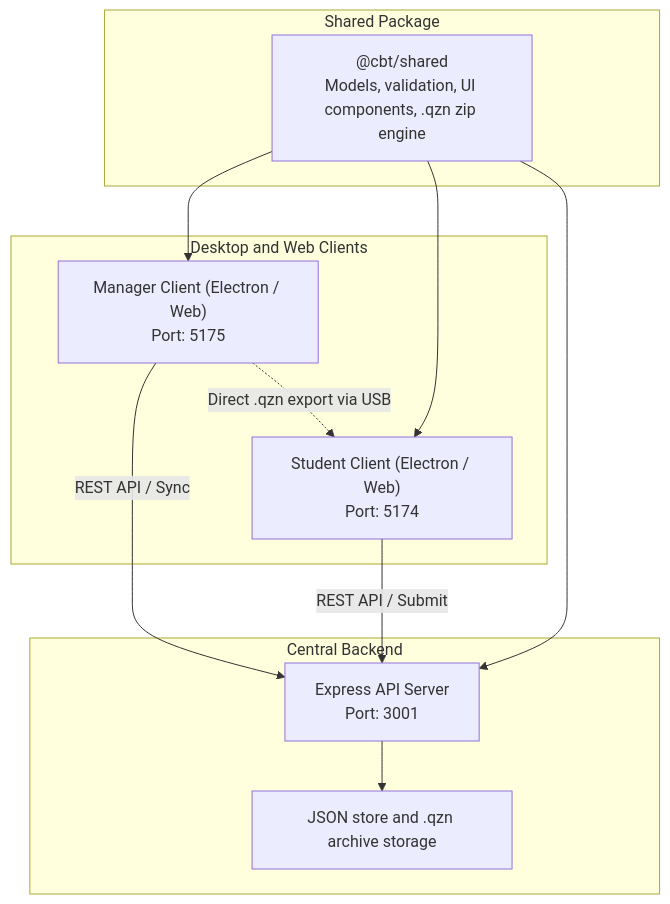
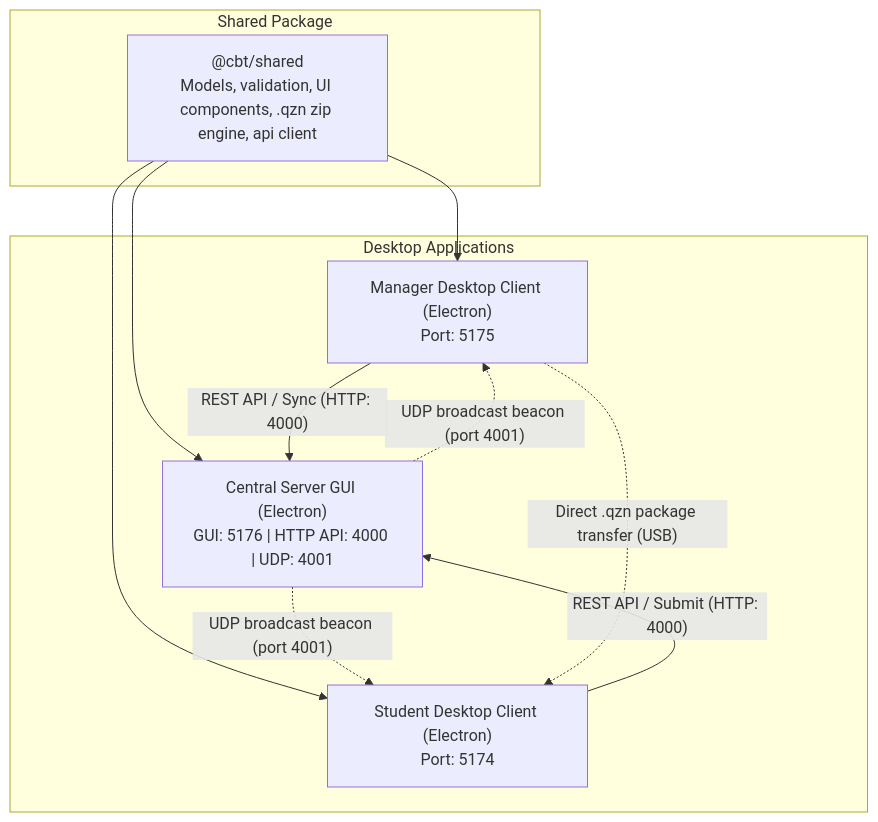
One commit to CodeWithAsterixh/quizeen-cbt changed the diagram in documentation/ARCHITECTURE.md. Above: the diagram before and after it, drawn with Mermaid. The commit also changed other lines of this file and 44 other files, not shown here.

First line of the commit message:
feat(server): add electron desktop gui, network discovery, and window controls

````diff
--- a/documentation/ARCHITECTURE.md
+++ b/documentation/ARCHITECTURE.md
@@ -7,26 +7,24 @@
 ```mermaid
 graph TD
     subgraph Shared Package
-        Shared["@cbt/shared<br/>Models, validation, UI components, .qzn zip engine"]
+        Shared["@cbt/shared<br/>Models, validation, UI components, .qzn zip engine, api client"]
     end
 
-    subgraph Desktop and Web Clients
-        Manager["Manager Client (Electron / Web)<br/>Port: 5175"]
-        Student["Student Client (Electron / Web)<br/>Port: 5174"]
-    end
-
-    subgraph Central Backend
-        Server["Express API Server<br/>Port: 3001"]
-        Disk["JSON store and .qzn archive storage"]
+    subgraph Desktop Applications
+        Manager["Manager Desktop Client (Electron)<br/>Port: 5175"]
+        Student["Student Desktop Client (Electron)<br/>Port: 5174"]
+        ServerApp["Central Server GUI (Electron)<br/>GUI: 5176 | HTTP API: 4000 | UDP: 4001"]
     end
 
     Shared --> Manager
     Shared --> Student
-    Shared --> Server
+    Shared --> ServerApp
 
-    Manager -- "REST API / Sync" --> Server
-    Student -- "REST API / Submit" --> Server
-    Server --> Disk
+    ServerApp -. "UDP broadcast beacon (port 4001)" .-> Manager
+    ServerApp -. "UDP broadcast beacon (port 4001)" .-> Student
 
-    Manager -. "Direct .qzn export via USB" .-> Student
+    Manager -- "REST API / Sync (HTTP: 4000)" --> ServerApp
+    Student -- "REST API / Submit (HTTP: 4000)" --> ServerApp
+
+    Manager -. "Direct .qzn package transfer (USB)" .-> Student
 ```
````
